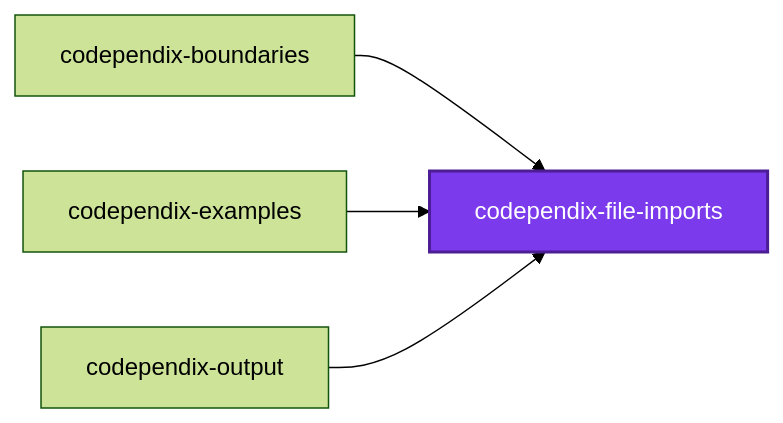
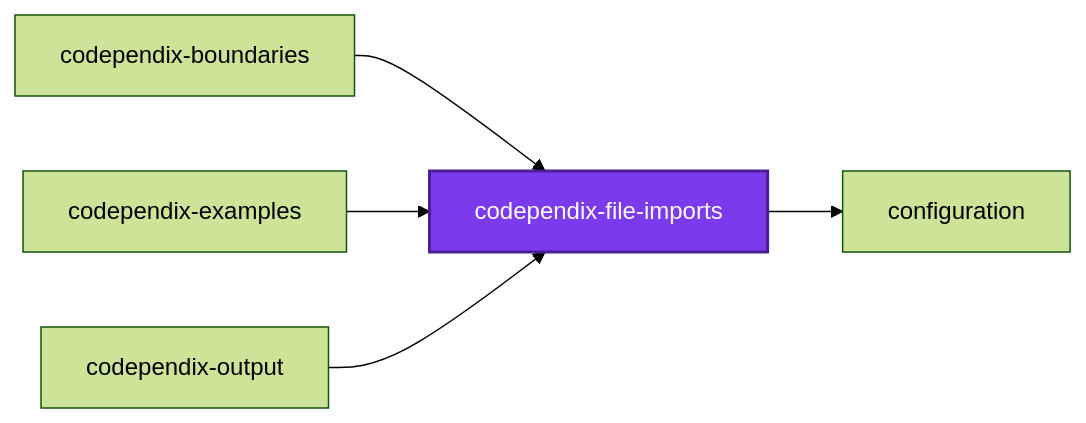
One commit to organizzolini/codebase changed the first of 3 diagrams in projects/ic-suite/codependix/codependix-file-imports/README.md. Above: the diagram before and after it, drawn with Mermaid (forest theme). The commit also changed 68 other files, not shown here.

````diff
--- a/projects/ic-suite/codependix/codependix-file-imports/README.md
+++ b/projects/ic-suite/codependix/codependix-file-imports/README.md
@@ -20,12 +20,14 @@
 ```mermaid
 graph LR
   codependix_boundaries["codependix-boundaries"]
   codependix_examples["codependix-examples"]
   codependix_file_imports["codependix-file-imports"]
   codependix_output["codependix-output"]
+  configuration["configuration"]
   codependix_boundaries --> codependix_file_imports
   codependix_examples --> codependix_file_imports
+  codependix_file_imports --> configuration
   codependix_output --> codependix_file_imports
   classDef subject fill:#7c3aed,color:#fff,stroke:#4c1d95,stroke-width:2px
   class codependix_file_imports subject
 ```
````
